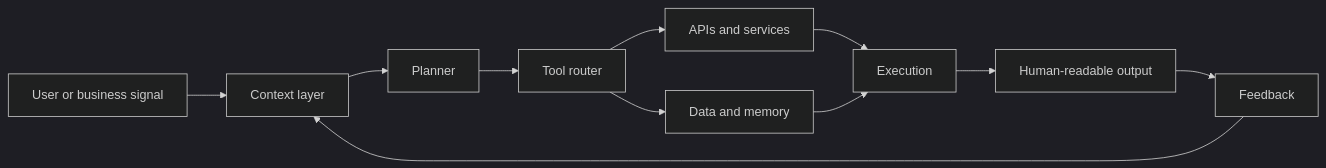
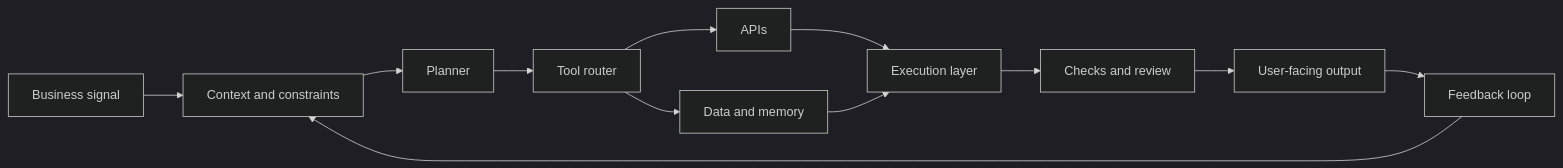
The diagram in README.md (koushikreddyvayalpati/koushikreddyvayalpati), drawn with Mermaid (dark theme) before and after one commit. The commit also changed other lines of this file and 1 other file, not shown here.

````diff
--- a/README.md
+++ b/README.md
@@ -13,13 +27,14 @@
 ```mermaid
 flowchart LR
-    A[User or business signal] --> B[Context layer]
+    A[Business signal] --> B[Context and constraints]
     B --> C[Planner]
     C --> D[Tool router]
-    D --> E[APIs and services]
+    D --> E[APIs]
     D --> F[Data and memory]
-    E --> G[Execution]
+    E --> G[Execution layer]
     F --> G
-    G --> H[Human-readable output]
-    H --> I[Feedback]
-    I --> B
+    G --> H[Checks and review]
+    H --> I[User-facing output]
+    I --> J[Feedback loop]
+    J --> B
 ```
````
